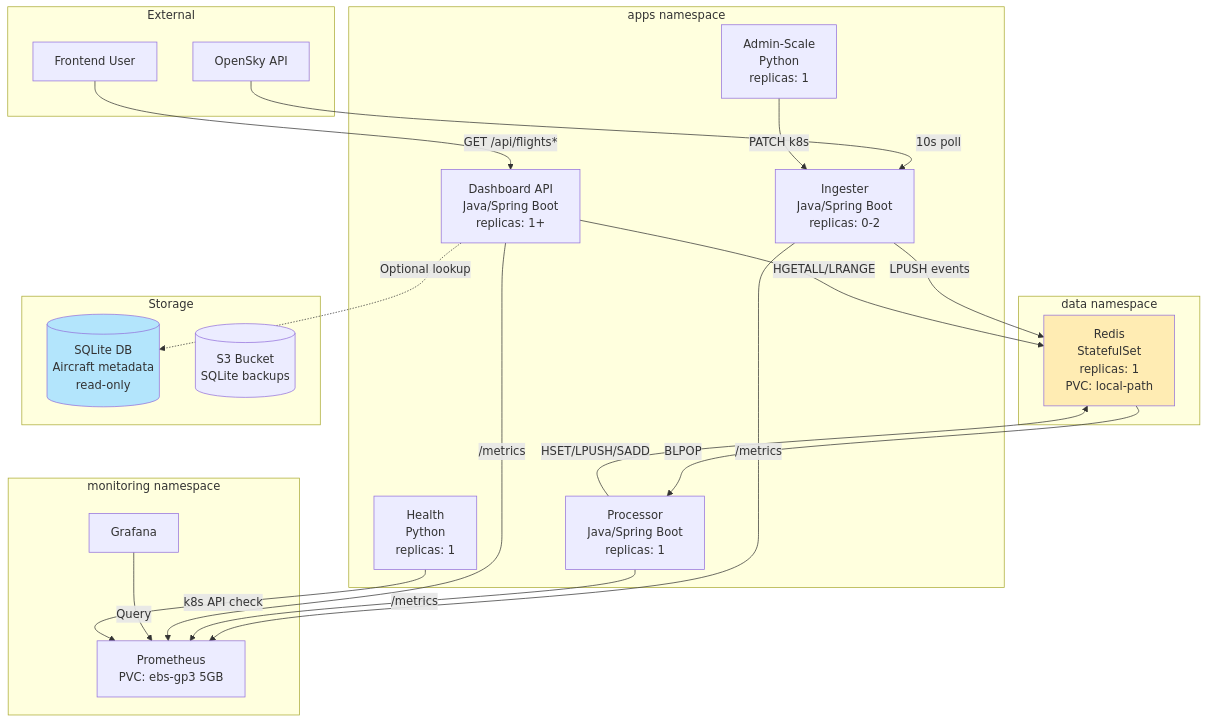
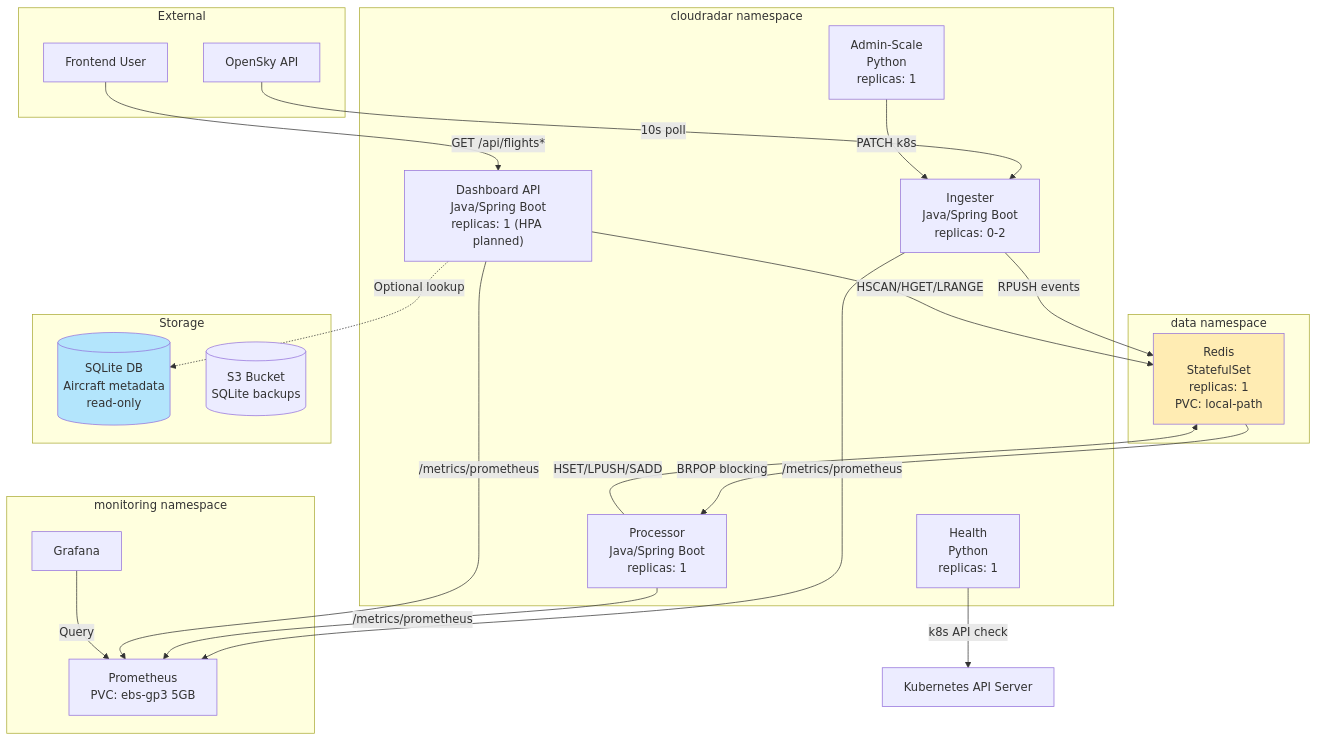
The sixth of 28 diagrams in docs/architecture/technical-architecture-document.md (ClementV78/CloudRadar), drawn with Mermaid before and after one commit. The commit also changed other lines of this file and 1 other file, not shown here.

First line of the commit message:
docs(architecture): align technical architecture docs

````diff
--- a/docs/architecture/technical-architecture-document.md
+++ b/docs/architecture/technical-architecture-document.md
@@ -161,48 +168,50 @@
 ```mermaid
 graph TB
     subgraph "External"
         OPENSKY[OpenSky API]
         USER[Frontend User]
     end
 
-    subgraph "apps namespace"
+    subgraph "cloudradar namespace"
         INGESTER[Ingester<br/>Java/Spring Boot<br/>replicas: 0-2]
         PROCESSOR[Processor<br/>Java/Spring Boot<br/>replicas: 1]
-        DASHBOARD[Dashboard API<br/>Java/Spring Boot<br/>replicas: 1+]
+        DASHBOARD["Dashboard API<br/>Java/Spring Boot<br/>replicas: 1 (HPA planned)"]
         HEALTH[Health<br/>Python<br/>replicas: 1]
         ADMIN[Admin-Scale<br/>Python<br/>replicas: 1]
     end
 
     subgraph "data namespace"
         REDIS[Redis<br/>StatefulSet<br/>replicas: 1<br/>PVC: local-path]
     end
 
     subgraph "monitoring namespace"
         PROM[Prometheus<br/>PVC: ebs-gp3 5GB]
         GRAF[Grafana]
     end
 
     subgraph "Storage"
         SQLITE[(SQLite DB<br/>Aircraft metadata<br/>read-only)]
         S3[(S3 Bucket<br/>SQLite backups)]
     end
 
+    K8S_API[Kubernetes API Server]
+
     OPENSKY -->|10s poll| INGESTER
-    INGESTER -->|LPUSH events| REDIS
-    REDIS -->|BLPOP| PROCESSOR
+    INGESTER -->|RPUSH events| REDIS
+    REDIS -->|BRPOP blocking| PROCESSOR
     PROCESSOR -->|HSET/LPUSH/SADD| REDIS
-    DASHBOARD -->|HGETALL/LRANGE| REDIS
+    DASHBOARD -->|HSCAN/HGET/LRANGE| REDIS
     DASHBOARD -.->|Optional lookup| SQLITE
     USER -->|GET /api/flights*| DASHBOARD
     
-    INGESTER -->|/metrics| PROM
-    PROCESSOR -->|/metrics| PROM
-    DASHBOARD -->|/metrics| PROM
+    INGESTER -->|/metrics/prometheus| PROM
+    PROCESSOR -->|/metrics/prometheus| PROM
+    DASHBOARD -->|/metrics/prometheus| PROM
     GRAF -->|Query| PROM
     
     ADMIN -->|PATCH k8s| INGESTER
-    HEALTH -->|k8s API check| PROM
+    HEALTH -->|k8s API check| K8S_API
 
     style REDIS fill:#ffecb3
     style SQLITE fill:#b3e5fc
 ```
````
